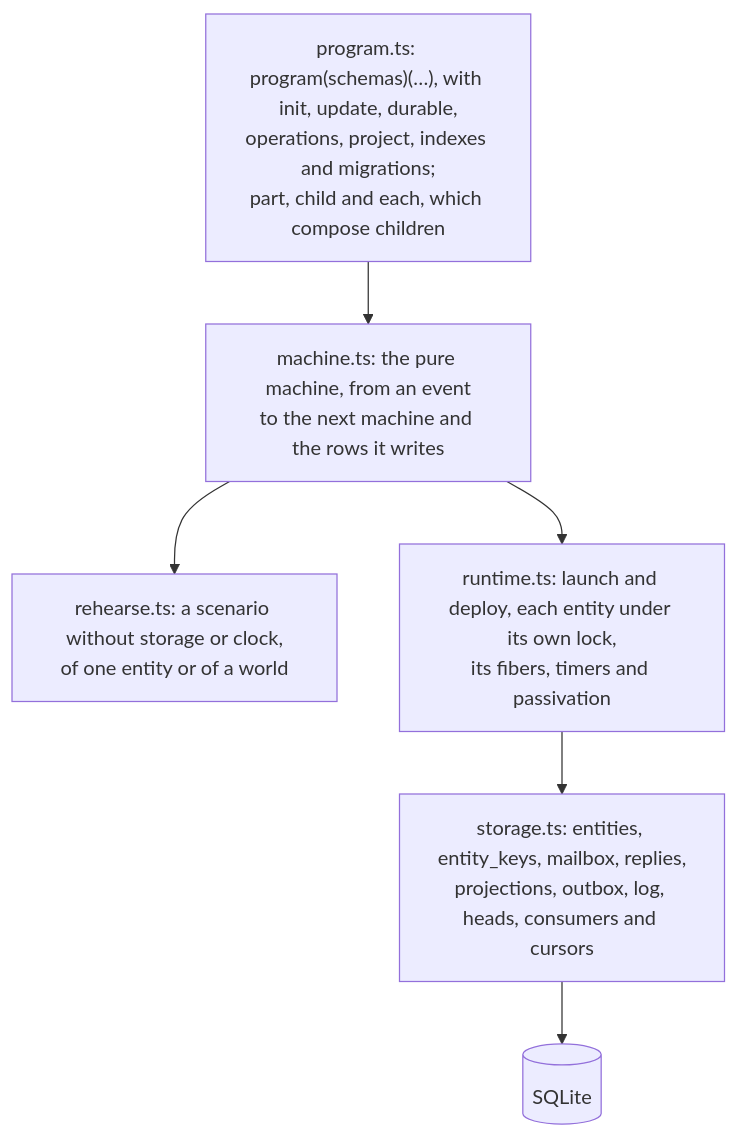
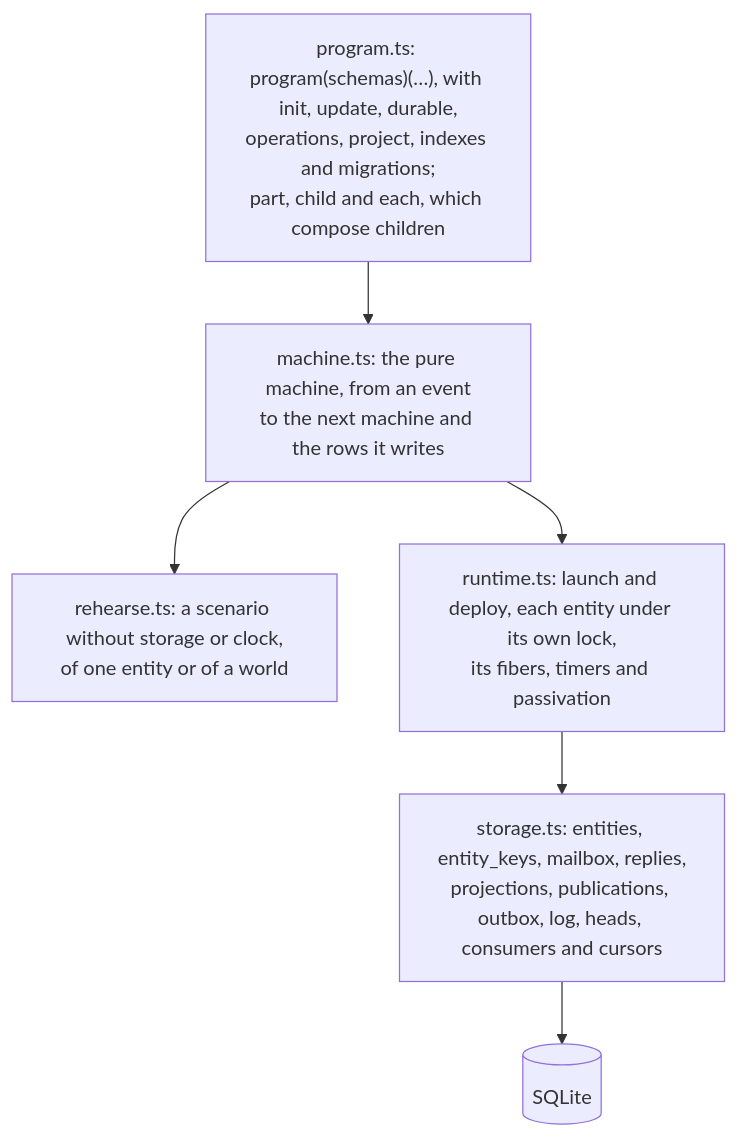
Before and after one commit to fgaudo/effect-tea-durable: the second of 2 diagrams in README.md, drawn with Mermaid. The commit also changed 13 other files, not shown here.

````diff
--- a/README.md
+++ b/README.md
@@ -88,15 +88,15 @@
 ```mermaid
 flowchart TB
   program["program.ts: program(schemas)(…), with init, update, durable,<br/>operations, project, indexes and migrations;<br/>part, child and each, which compose children"]
   machine["machine.ts: the pure machine, from an event<br/>to the next machine and the rows it writes"]
   rehearse["rehearse.ts: a scenario without storage or clock,<br/>of one entity or of a world"]
   runtime["runtime.ts: launch and deploy, each entity under its own lock,<br/>its fibers, timers and passivation"]
-  storage["storage.ts: entities, entity_keys, mailbox, replies,<br/>projections, outbox, log, heads, consumers and cursors"]
+  storage["storage.ts: entities, entity_keys, mailbox, replies,<br/>projections, publications, outbox, log, heads, consumers and cursors"]
   db[(SQLite)]
 
   program --> machine
   machine --> rehearse
   machine --> runtime
   runtime --> storage
   storage --> db
 ```
````
